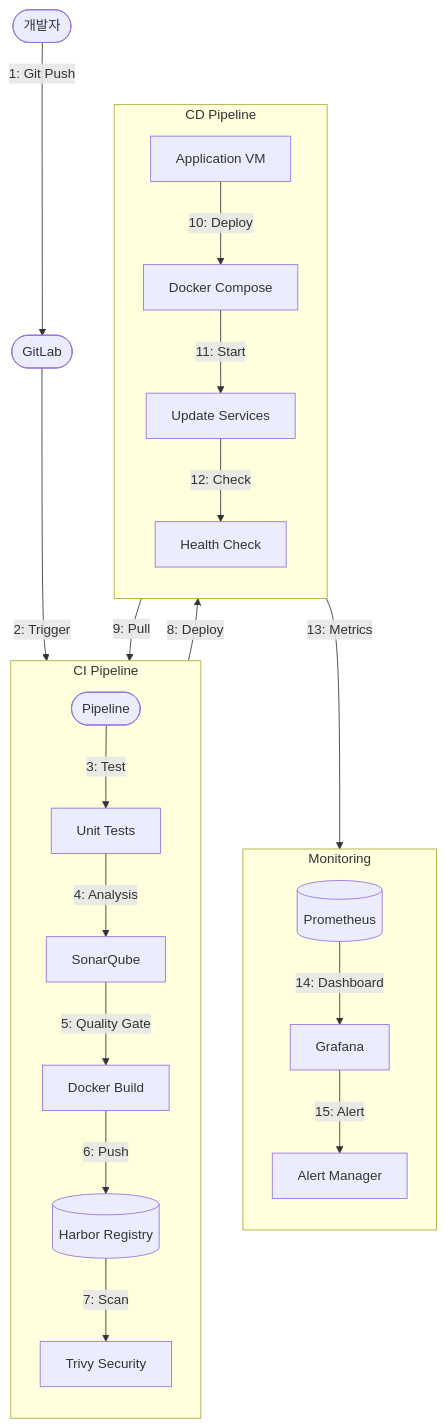
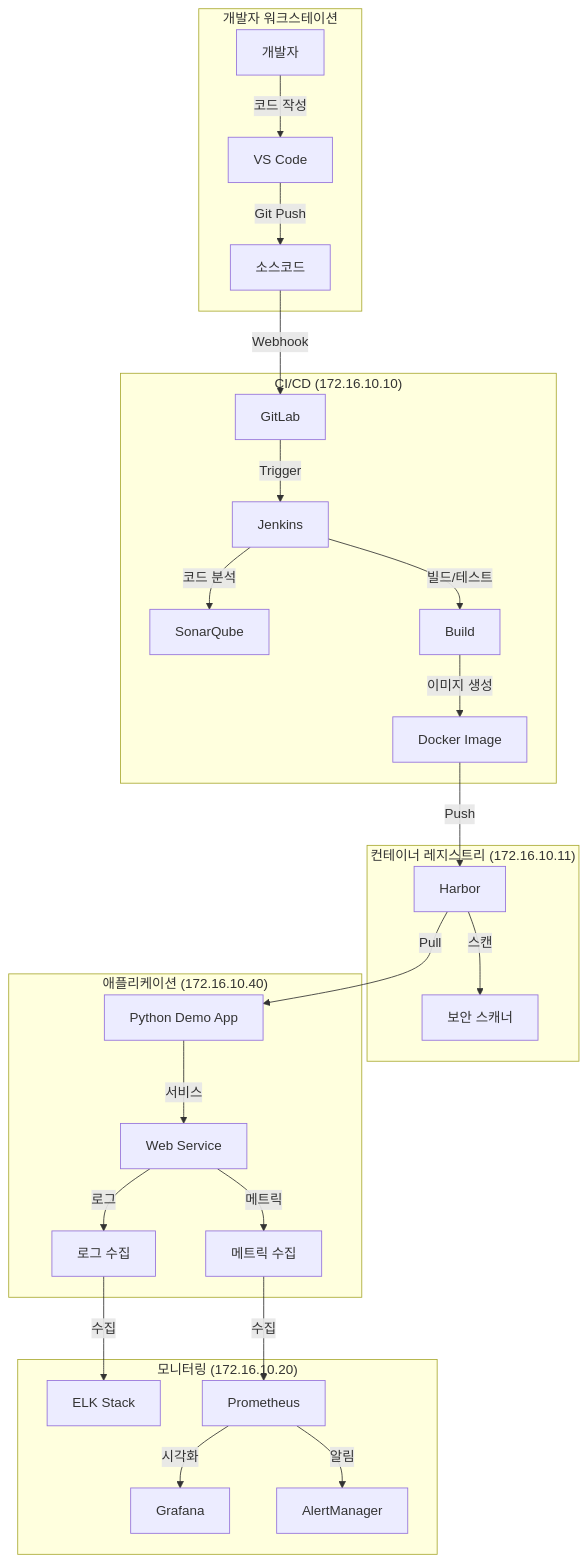
Before and after one commit to cnf-kunkin/docker-compose: the first of 9 diagrams in docs/diagrams/cicd-pipeline.md, drawn with Mermaid. The commit also changed other lines of this file and 57 other files, not shown here.

````diff
--- a/docs/diagrams/cicd-pipeline.md
+++ b/docs/diagrams/cicd-pipeline.md
@@ -4,50 +5,34 @@
 ```mermaid
-flowchart TD
-    DEV([개발자]):::developer
-    GIT([GitLab]):::gitlab
-    PIPE([Pipeline])
-    
-    DEV -->|1: Git Push| GIT
-    GIT -->|2: Trigger| PIPE
-
-    subgraph CI[CI Pipeline]
-        direction TB
-        TEST[Unit Tests]
-        SONAR[SonarQube]
-        BUILD[Docker Build]
-        HARBOR[(Harbor Registry)]:::harbor
-        TRIVY[Trivy Security]
-        
-        PIPE -->|3: Test| TEST
-        TEST -->|4: Analysis| SONAR
-        SONAR -->|5: Quality Gate| BUILD
-        BUILD -->|6: Push| HARBOR
-        HARBOR -->|7: Scan| TRIVY
+graph TB
+    subgraph "개발자 워크스테이션"
+        DEV[개발자] -->|코드 작성| IDE[VS Code]
+        IDE -->|Git Push| SRC[소스코드]
     end
 
-    subgraph CD[CD Pipeline]
-        direction TB
-        APP[Application VM]:::app
-        COMPOSE[Docker Compose]
-        SERVICES[Update Services]
-        HEALTH[Health Check]
-        
-        TRIVY -->|8: Deploy| APP
-        APP -->|9: Pull| HARBOR
-        APP -->|10: Deploy| COMPOSE
-        COMPOSE -->|11: Start| SERVICES
-        SERVICES -->|12: Check| HEALTH
+    subgraph "CI/CD (172.16.10.10)"
+        SRC -->|Webhook| GIT[GitLab]
+        GIT -->|Trigger| JEN[Jenkins]
+        JEN -->|코드 분석| SON[SonarQube]
+        JEN -->|빌드/테스트| BLD[Build]
+        BLD -->|이미지 생성| IMG[Docker Image]
     end
 
-    subgraph MON[Monitoring]
-        direction TB
-        PROM[(Prometheus)]
-        GRAF[Grafana]
-        ALERT[Alert Manager]
-        
-        HEALTH -->|13: Metrics| PROM
-        PROM -->|14: Dashboard| GRAF
-        GRAF -->|15: Alert| ALERT
+    subgraph "컨테이너 레지스트리 (172.16.10.11)"
+        IMG -->|Push| HBR[Harbor]
+        HBR -->|스캔| SEC[보안 스캐너]
     end
 
+    subgraph "애플리케이션 (172.16.10.40)"
+        HBR -->|Pull| APP[Python Demo App]
+        APP -->|서비스| WEB[Web Service]
+        WEB -->|로그| LOG[로그 수집]
+        WEB -->|메트릭| MET[메트릭 수집]
+    end
+
+    subgraph "모니터링 (172.16.10.20)"
+        LOG -->|수집| ELK[ELK Stack]
+        MET -->|수집| PRO[Prometheus]
+        PRO -->|시각화| GRA[Grafana]
+        PRO -->|알림| ALT[AlertManager]
+    end
 ```
````
